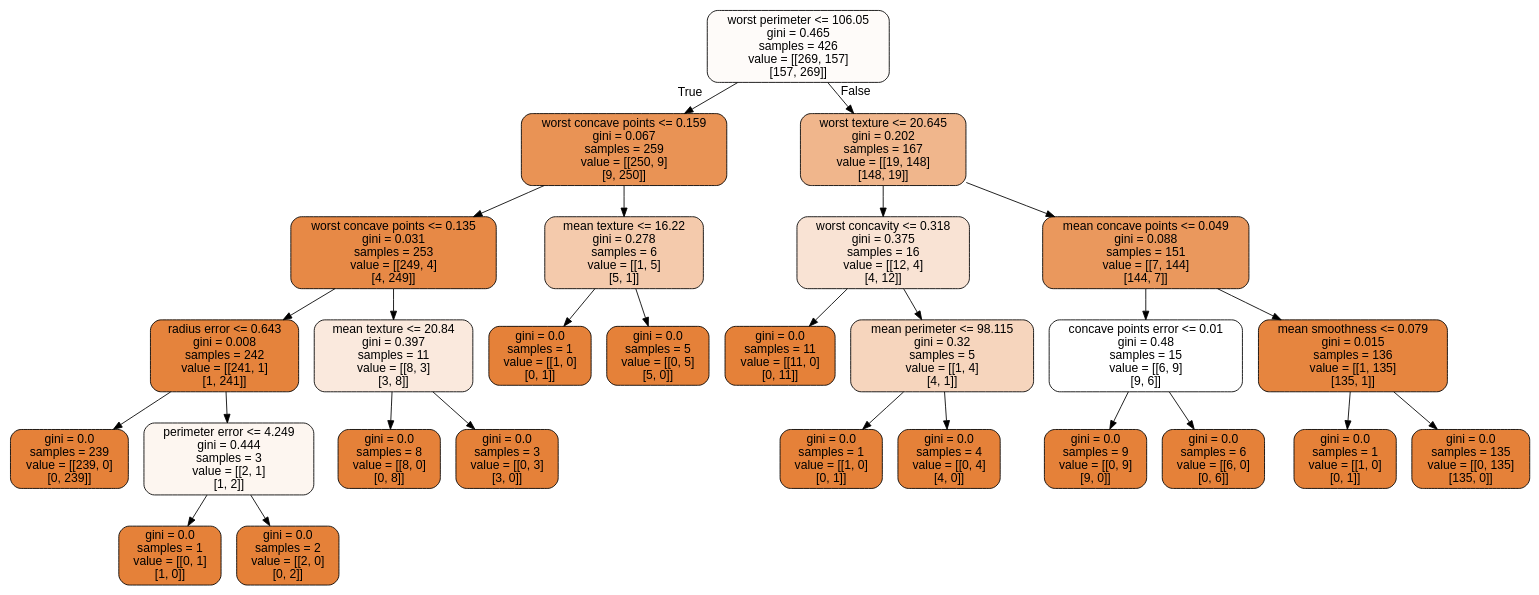
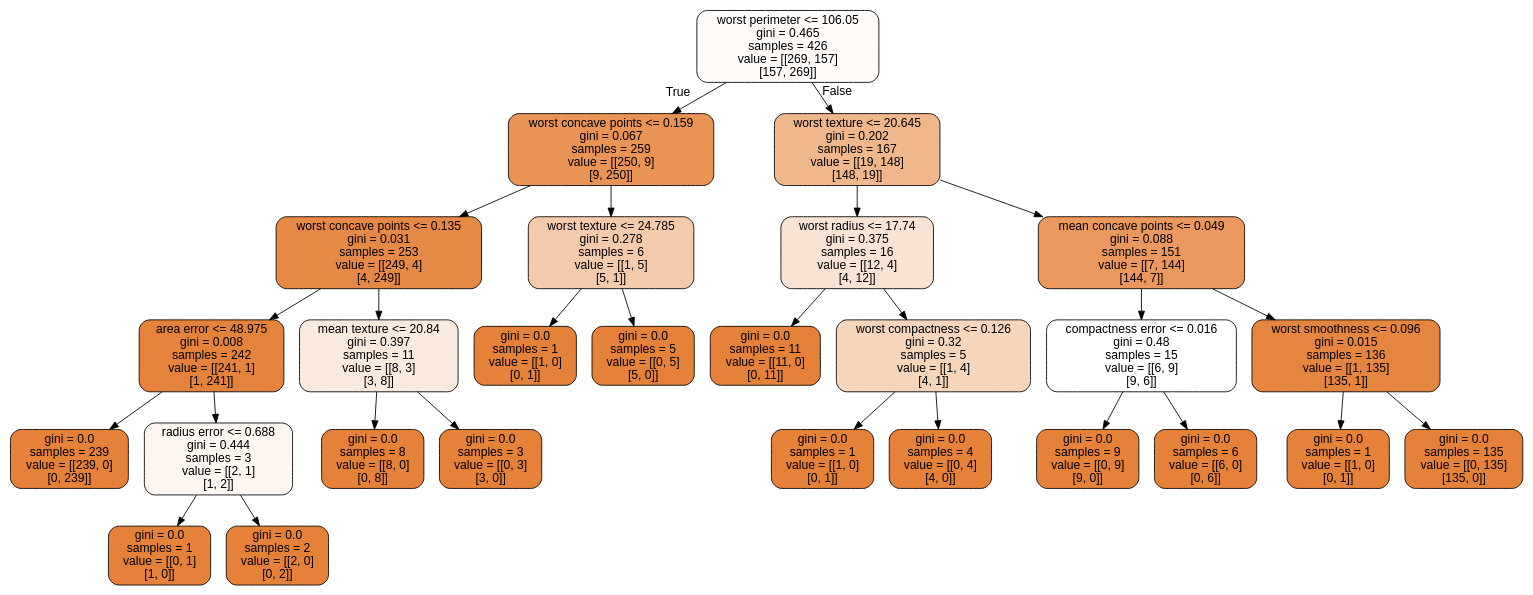
Before and after one commit to CompPhysics/MachineLearning: the diagram in doc/LectureNotes/DataFiles/cancer.dot, drawn with Graphviz. The commit also changed 136 other files, not shown here.

```diff
--- a/doc/LectureNotes/DataFiles/cancer.dot
+++ b/doc/LectureNotes/DataFiles/cancer.dot
@@ -1,57 +1,57 @@
 digraph Tree {
 node [shape=box, style="filled, rounded", color="black", fontname="helvetica"] ;
 edge [fontname="helvetica"] ;
 0 [label="worst perimeter <= 106.05\ngini = 0.465\nsamples = 426\nvalue = [[269, 157]\n[157, 269]]", fillcolor="#fefbf9"] ;
 1 [label="worst concave points <= 0.159\ngini = 0.067\nsamples = 259\nvalue = [[250, 9]\n[9, 250]]", fillcolor="#e99355"] ;
 0 -> 1 [labeldistance=2.5, labelangle=45, headlabel="True"] ;
 2 [label="worst concave points <= 0.135\ngini = 0.031\nsamples = 253\nvalue = [[249, 4]\n[4, 249]]", fillcolor="#e78946"] ;
 1 -> 2 ;
-3 [label="radius error <= 0.643\ngini = 0.008\nsamples = 242\nvalue = [[241, 1]\n[1, 241]]", fillcolor="#e5833c"] ;
+3 [label="area error <= 48.975\ngini = 0.008\nsamples = 242\nvalue = [[241, 1]\n[1, 241]]", fillcolor="#e5833c"] ;
 2 -> 3 ;
 4 [label="gini = 0.0\nsamples = 239\nvalue = [[239, 0]\n[0, 239]]", fillcolor="#e58139"] ;
 3 -> 4 ;
-5 [label="perimeter error <= 4.249\ngini = 0.444\nsamples = 3\nvalue = [[2, 1]\n[1, 2]]", fillcolor="#fdf6f0"] ;
+5 [label="radius error <= 0.688\ngini = 0.444\nsamples = 3\nvalue = [[2, 1]\n[1, 2]]", fillcolor="#fdf6f0"] ;
 3 -> 5 ;
 6 [label="gini = 0.0\nsamples = 1\nvalue = [[0, 1]\n[1, 0]]", fillcolor="#e58139"] ;
 5 -> 6 ;
 7 [label="gini = 0.0\nsamples = 2\nvalue = [[2, 0]\n[0, 2]]", fillcolor="#e58139"] ;
 5 -> 7 ;
 8 [label="mean texture <= 20.84\ngini = 0.397\nsamples = 11\nvalue = [[8, 3]\n[3, 8]]", fillcolor="#fae9dd"] ;
 2 -> 8 ;
 9 [label="gini = 0.0\nsamples = 8\nvalue = [[8, 0]\n[0, 8]]", fillcolor="#e58139"] ;
 8 -> 9 ;
 10 [label="gini = 0.0\nsamples = 3\nvalue = [[0, 3]\n[3, 0]]", fillcolor="#e58139"] ;
 8 -> 10 ;
-11 [label="mean texture <= 16.22\ngini = 0.278\nsamples = 6\nvalue = [[1, 5]\n[5, 1]]", fillcolor="#f4caac"] ;
+11 [label="worst texture <= 24.785\ngini = 0.278\nsamples = 6\nvalue = [[1, 5]\n[5, 1]]", fillcolor="#f4caac"] ;
 1 -> 11 ;
 12 [label="gini = 0.0\nsamples = 1\nvalue = [[1, 0]\n[0, 1]]", fillcolor="#e58139"] ;
 11 -> 12 ;
 13 [label="gini = 0.0\nsamples = 5\nvalue = [[0, 5]\n[5, 0]]", fillcolor="#e58139"] ;
 11 -> 13 ;
 14 [label="worst texture <= 20.645\ngini = 0.202\nsamples = 167\nvalue = [[19, 148]\n[148, 19]]", fillcolor="#f0b68c"] ;
 0 -> 14 [labeldistance=2.5, labelangle=-45, headlabel="False"] ;
-15 [label="worst concavity <= 0.318\ngini = 0.375\nsamples = 16\nvalue = [[12, 4]\n[4, 12]]", fillcolor="#f9e3d4"] ;
+15 [label="worst radius <= 17.74\ngini = 0.375\nsamples = 16\nvalue = [[12, 4]\n[4, 12]]", fillcolor="#f9e3d4"] ;
 14 -> 15 ;
 16 [label="gini = 0.0\nsamples = 11\nvalue = [[11, 0]\n[0, 11]]", fillcolor="#e58139"] ;
 15 -> 16 ;
-17 [label="mean perimeter <= 98.115\ngini = 0.32\nsamples = 5\nvalue = [[1, 4]\n[4, 1]]", fillcolor="#f6d5bd"] ;
+17 [label="worst compactness <= 0.126\ngini = 0.32\nsamples = 5\nvalue = [[1, 4]\n[4, 1]]", fillcolor="#f6d5bd"] ;
 15 -> 17 ;
 18 [label="gini = 0.0\nsamples = 1\nvalue = [[1, 0]\n[0, 1]]", fillcolor="#e58139"] ;
 17 -> 18 ;
 19 [label="gini = 0.0\nsamples = 4\nvalue = [[0, 4]\n[4, 0]]", fillcolor="#e58139"] ;
 17 -> 19 ;
 20 [label="mean concave points <= 0.049\ngini = 0.088\nsamples = 151\nvalue = [[7, 144]\n[144, 7]]", fillcolor="#ea985d"] ;
 14 -> 20 ;
-21 [label="concave points error <= 0.01\ngini = 0.48\nsamples = 15\nvalue = [[6, 9]\n[9, 6]]", fillcolor="#ffffff"] ;
+21 [label="compactness error <= 0.016\ngini = 0.48\nsamples = 15\nvalue = [[6, 9]\n[9, 6]]", fillcolor="#ffffff"] ;
 20 -> 21 ;
 22 [label="gini = 0.0\nsamples = 9\nvalue = [[0, 9]\n[9, 0]]", fillcolor="#e58139"] ;
 21 -> 22 ;
 23 [label="gini = 0.0\nsamples = 6\nvalue = [[6, 0]\n[0, 6]]", fillcolor="#e58139"] ;
 21 -> 23 ;
-24 [label="mean smoothness <= 0.079\ngini = 0.015\nsamples = 136\nvalue = [[1, 135]\n[135, 1]]", fillcolor="#e6853f"] ;
+24 [label="worst smoothness <= 0.096\ngini = 0.015\nsamples = 136\nvalue = [[1, 135]\n[135, 1]]", fillcolor="#e6853f"] ;
 20 -> 24 ;
 25 [label="gini = 0.0\nsamples = 1\nvalue = [[1, 0]\n[0, 1]]", fillcolor="#e58139"] ;
 24 -> 25 ;
 26 [label="gini = 0.0\nsamples = 135\nvalue = [[0, 135]\n[135, 0]]", fillcolor="#e58139"] ;
 24 -> 26 ;
 }
```
